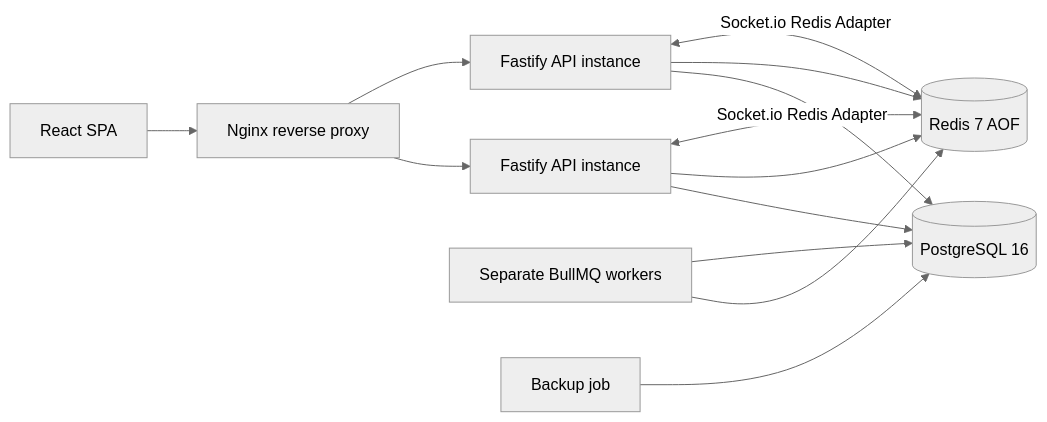
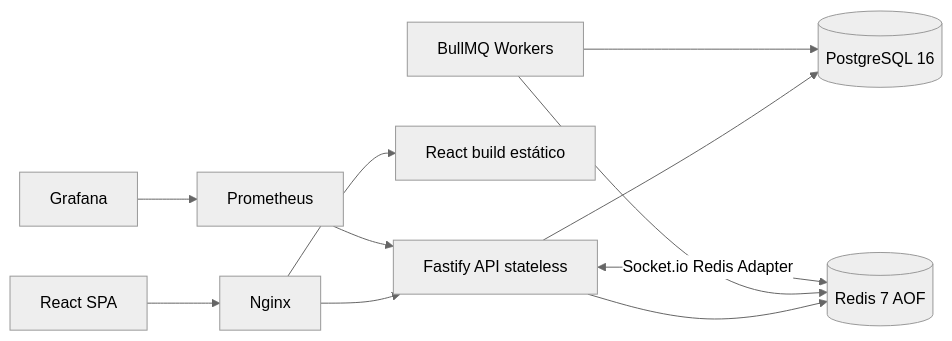
Before and after one commit to denysg001/cowork-service-desk: the diagram in README.md, drawn with Mermaid (neutral theme). The commit also changed other lines of this file and 13 other files, not shown here.

````diff
--- a/README.md
+++ b/README.md
@@ -97,15 +60,13 @@
 ```mermaid
 flowchart LR
-  Browser[React SPA] --> Nginx[Nginx reverse proxy]
-  Nginx --> API1[Fastify API instance]
-  Nginx --> API2[Fastify API instance]
-  API1 --> PG[(PostgreSQL 16)]
-  API2 --> PG
-  API1 --> Redis[(Redis 7 AOF)]
-  API2 --> Redis
-  API1 <-->|Socket.io Redis Adapter| Redis
-  API2 <-->|Socket.io Redis Adapter| Redis
-  Worker[Separate BullMQ workers] --> Redis
+  Browser[React SPA] --> Nginx[Nginx]
+  Nginx --> API[Fastify API stateless]
+  Nginx --> Web[React build estático]
+  API --> PG[(PostgreSQL 16)]
+  API --> Redis[(Redis 7 AOF)]
+  Worker[BullMQ Workers] --> Redis
   Worker --> PG
-  Backup[Backup job] --> PG
+  API <-->|Socket.io Redis Adapter| Redis
+  Prom[Prometheus] --> API
+  Grafana[Grafana] --> Prom
 ```
````
